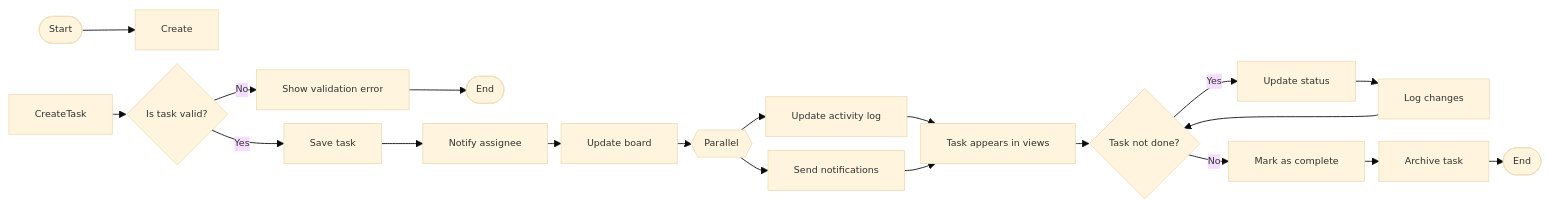
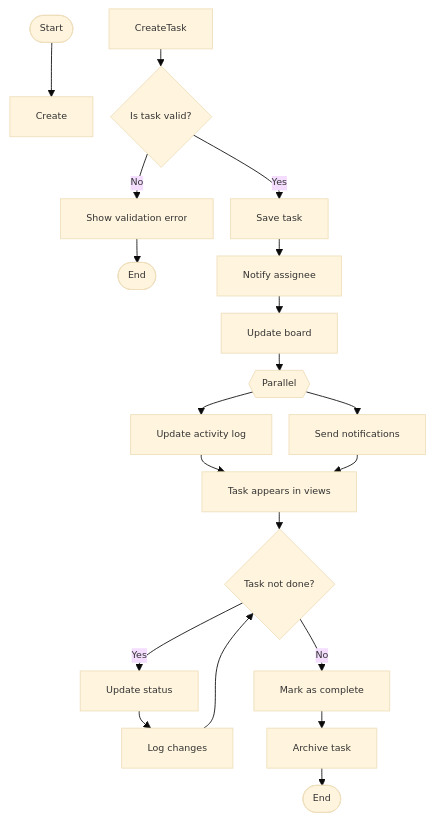
Before and after one commit to ritiku2004/Zira-Project-details: diagram 16 of 17 in README.md, drawn with Mermaid. The commit also changed 2 other files, not shown here.

Commit message:
Diagrames added

````diff
--- a/README.md
+++ b/README.md
@@ -465,29 +465,29 @@
 ```mermaid
-%%{init: {"theme":"base","flowchart": {"nodeSpacing": 16, "rankSpacing": 16, "curve":"basis"}, "themeVariables": {"fontSize": "11px"}}}%%
-flowchart LR
+%%{init: {"theme":"base","flowchart": {"nodeSpacing": 20, "rankSpacing": 20, "curve":"basis"}, "themeVariables": {"fontSize": "11px"}}}%%
+flowchart TD
   Start([Start]) --> Create[Create]
   CreateTask --> IsValid{Is task valid?}
   
   IsValid -->|Yes| SaveTask[Save task]
   IsValid -->|No| ShowError[Show validation error]
   ShowError --> End1([End])
   
   SaveTask --> NotifyAssignee[Notify assignee]
   NotifyAssignee --> UpdateBoard[Update board]
   
   UpdateBoard --> parallel1{{Parallel}}
   parallel1 --> UpdateLog[Update activity log]
   parallel1 --> SendNotif[Send notifications]
   
   UpdateLog --> ShowInViews[Task appears in views]
   SendNotif --> ShowInViews
   
   ShowInViews --> TaskLoop{Task not done?}
   TaskLoop -->|Yes| UpdateStatus[Update status]
   UpdateStatus --> LogChanges[Log changes]
   LogChanges --> TaskLoop
   
   TaskLoop -->|No| MarkComplete[Mark as complete]
   MarkComplete --> Archive[Archive task]
   Archive --> End2([End])
 ```
````
